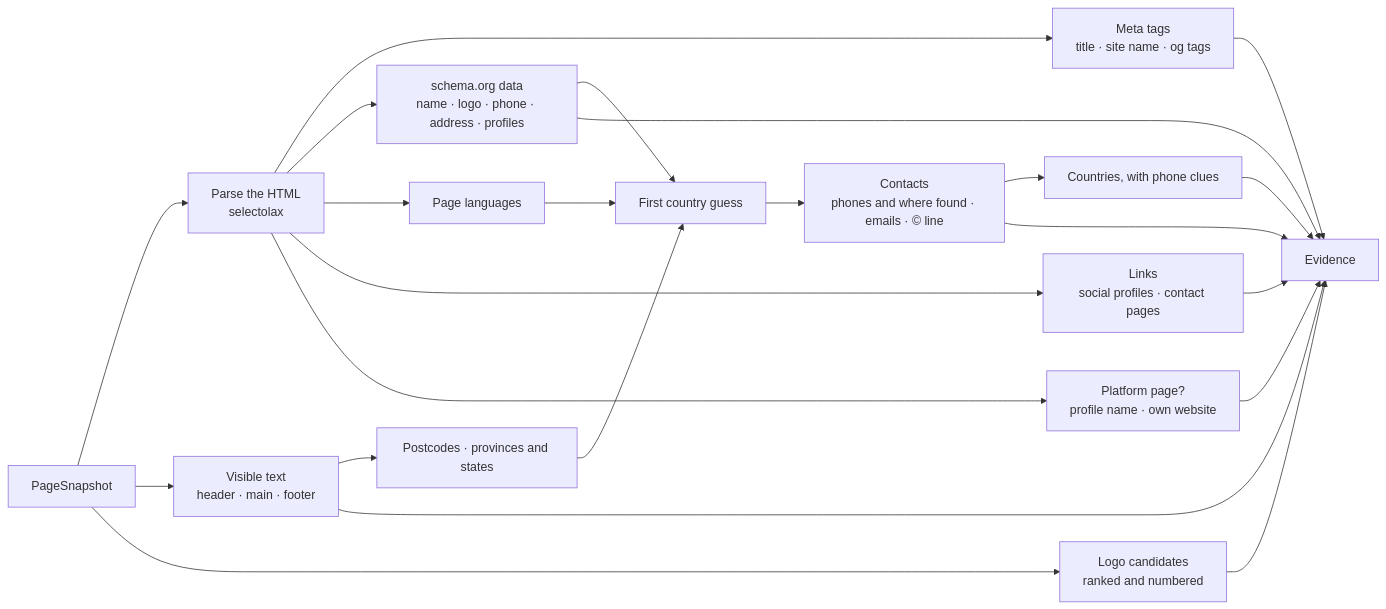
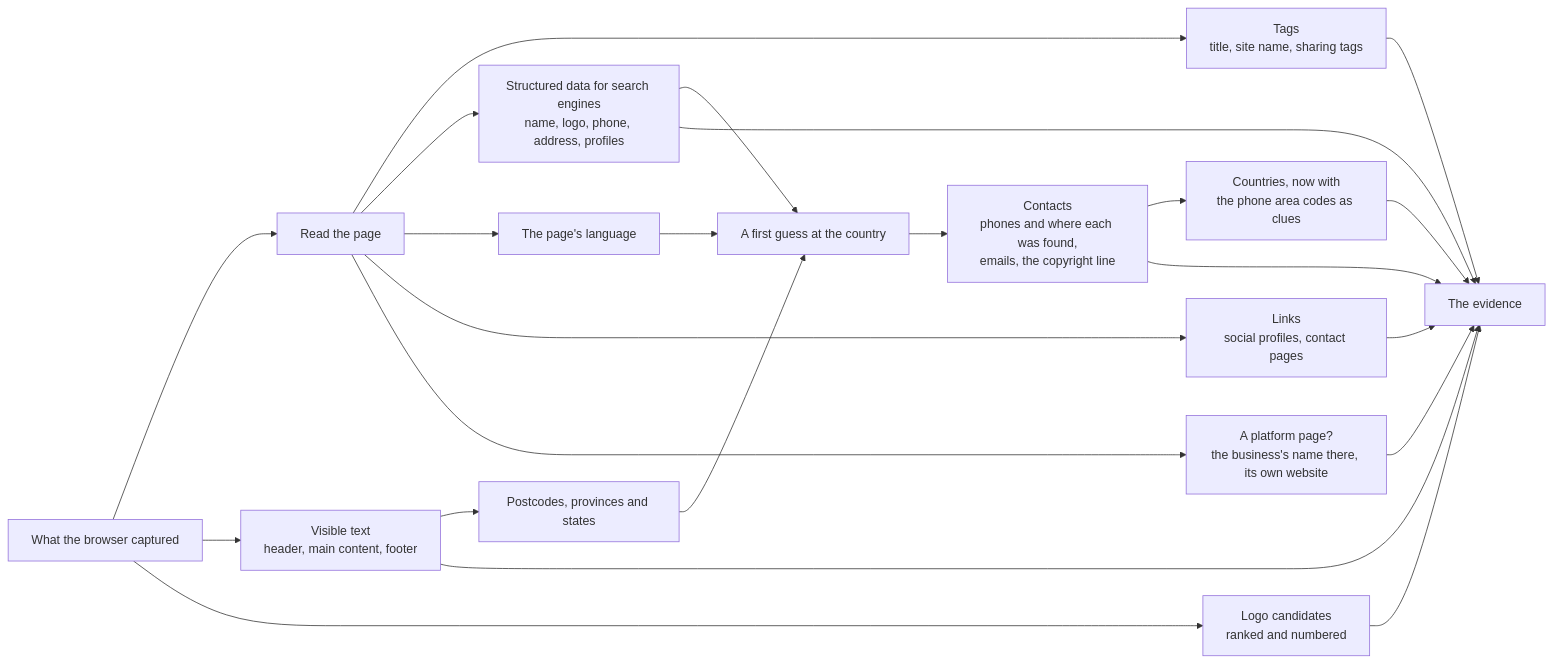
One commit to haneeshraj/business-insights-v2 changed the fifth of 10 diagrams in docs/reviews/2026-10-12.md. Above: the diagram before and after it, drawn with Mermaid. The commit also changed other lines of this file, not shown here.

Commit message:
docs: how answers are judged, and plainer diagrams in the progress review

````diff
--- a/docs/reviews/2026-10-12.md
+++ b/docs/reviews/2026-10-12.md
@@ -182,25 +186,25 @@
 ```mermaid
 flowchart LR
-  SN["PageSnapshot"] --> D["Parse the HTML<br/>selectolax"]
-  D --> META["Meta tags<br/>title · site name · og tags"]
-  D --> SD["schema.org data<br/>name · logo · phone · address · profiles"]
-  SN --> TX["Visible text<br/>header · main · footer"]
-  TX --> PC["Postcodes · provinces and states"]
-  D --> LG["Page languages"]
-  SD --> HINT["First country guess"]
+  SN["What the browser captured"] --> D["Read the page"]
+  D --> META["Tags<br/>title, site name, sharing tags"]
+  D --> SD["Structured data for search engines<br/>name, logo, phone, address, profiles"]
+  SN --> TX["Visible text<br/>header, main content, footer"]
+  TX --> PC["Postcodes, provinces and states"]
+  D --> LG["The page's language"]
+  SD --> HINT["A first guess at the country"]
   PC --> HINT
   LG --> HINT
-  HINT --> CT["Contacts<br/>phones and where found · emails · © line"]
-  CT --> CO["Countries, with phone clues"]
-  D --> LK["Links<br/>social profiles · contact pages"]
+  HINT --> CT["Contacts<br/>phones and where each was found,<br/>emails, the copyright line"]
+  CT --> CO["Countries, now with<br/>the phone area codes as clues"]
+  D --> LK["Links<br/>social profiles, contact pages"]
   SN --> LC["Logo candidates<br/>ranked and numbered"]
-  D --> PF["Platform page?<br/>profile name · own website"]
-  META --> EV["Evidence"]
+  D --> PF["A platform page?<br/>the business's name there, its own website"]
+  META --> EV["The evidence"]
   SD --> EV
+  TX --> EV
   CT --> EV
   CO --> EV
   LK --> EV
   LC --> EV
   PF --> EV
-  TX --> EV
 ```
````
